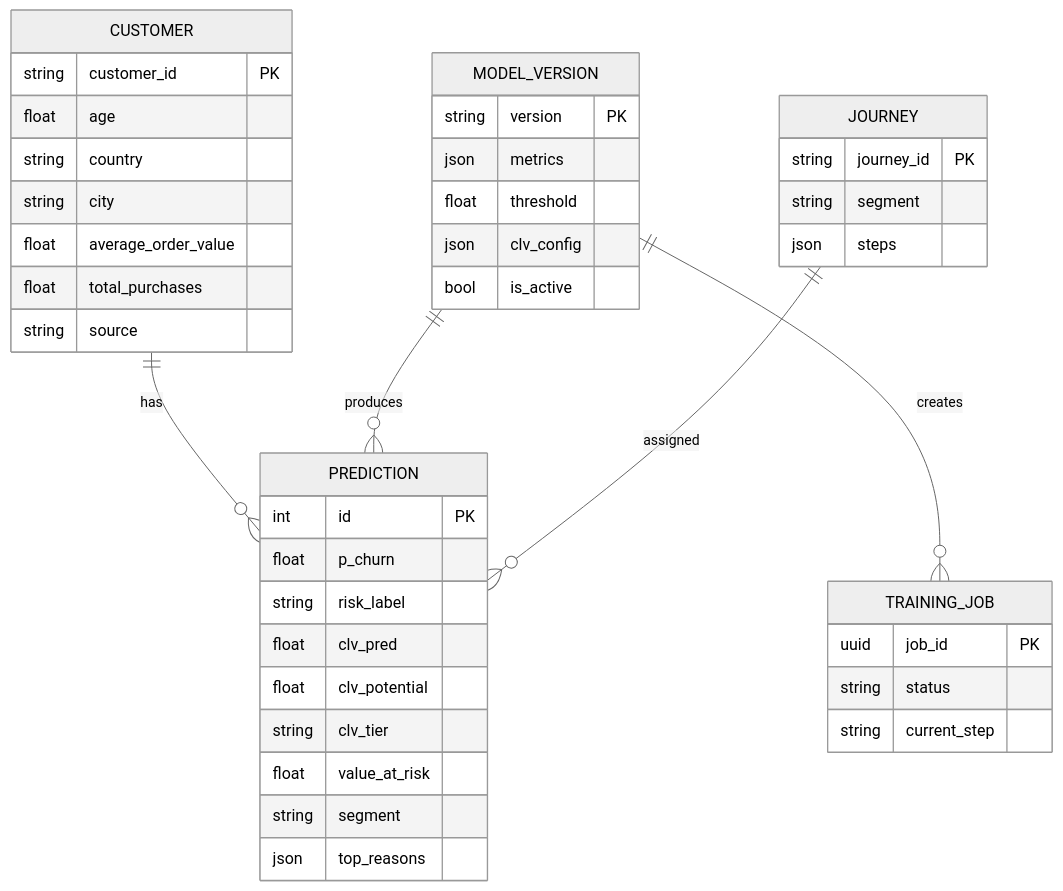
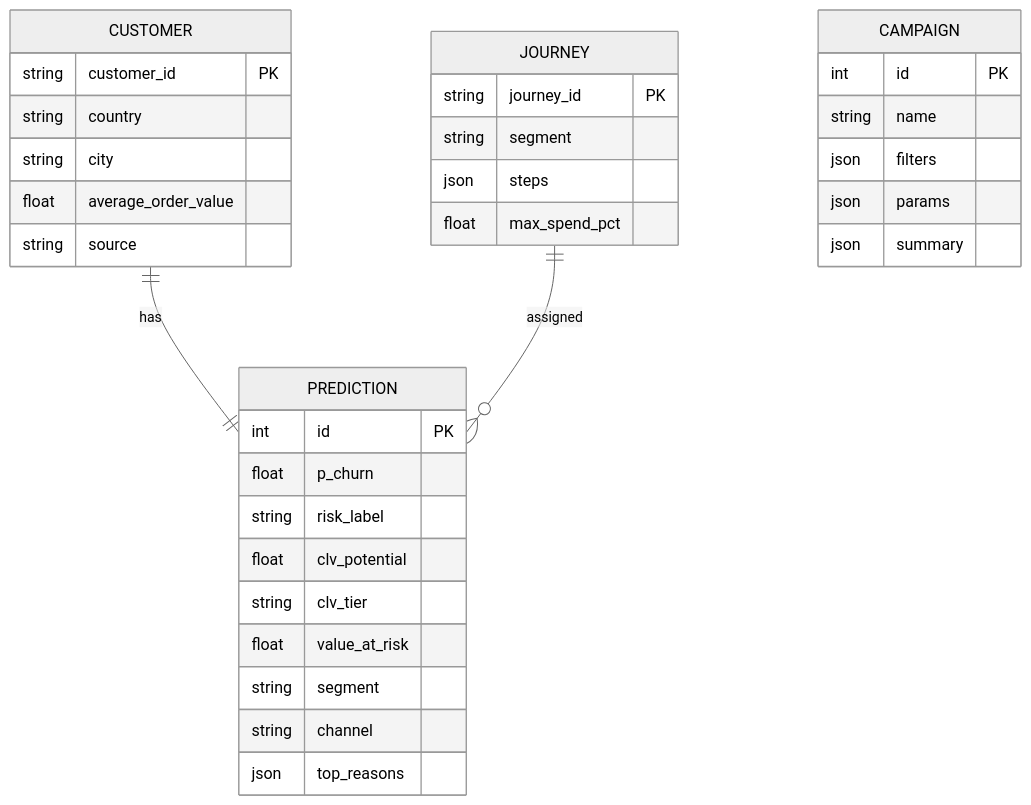
One commit to Khoailat2808/machine_learning_project changed the third of 3 diagrams in docs/03-architecture.md. Above: the diagram before and after it, drawn with Mermaid (neutral theme). The commit also changed other lines of this file and 30 other files, not shown here.

````diff
--- a/docs/03-architecture.md
+++ b/docs/03-architecture.md
@@ -95,44 +87,36 @@
 ```mermaid
 erDiagram
-    CUSTOMER ||--o{ PREDICTION : has
-    MODEL_VERSION ||--o{ PREDICTION : produces
+    CUSTOMER ||--|| PREDICTION : has
     JOURNEY ||--o{ PREDICTION : assigned
-    MODEL_VERSION ||--o{ TRAINING_JOB : creates
     CUSTOMER {
         string customer_id PK
-        float age
         string country
         string city
         float average_order_value
-        float total_purchases
         string source
     }
     PREDICTION {
         int id PK
         float p_churn
         string risk_label
-        float clv_pred
         float clv_potential
         string clv_tier
         float value_at_risk
         string segment
+        string channel
         json top_reasons
     }
     JOURNEY {
         string journey_id PK
         string segment
         json steps
+        float max_spend_pct
     }
-    MODEL_VERSION {
-        string version PK
-        json metrics
-        float threshold
-        json clv_config
-        bool is_active
-    }
-    TRAINING_JOB {
-        uuid job_id PK
-        string status
-        string current_step
+    CAMPAIGN {
+        int id PK
+        string name
+        json filters
+        json params
+        json summary
     }
 ```
````
